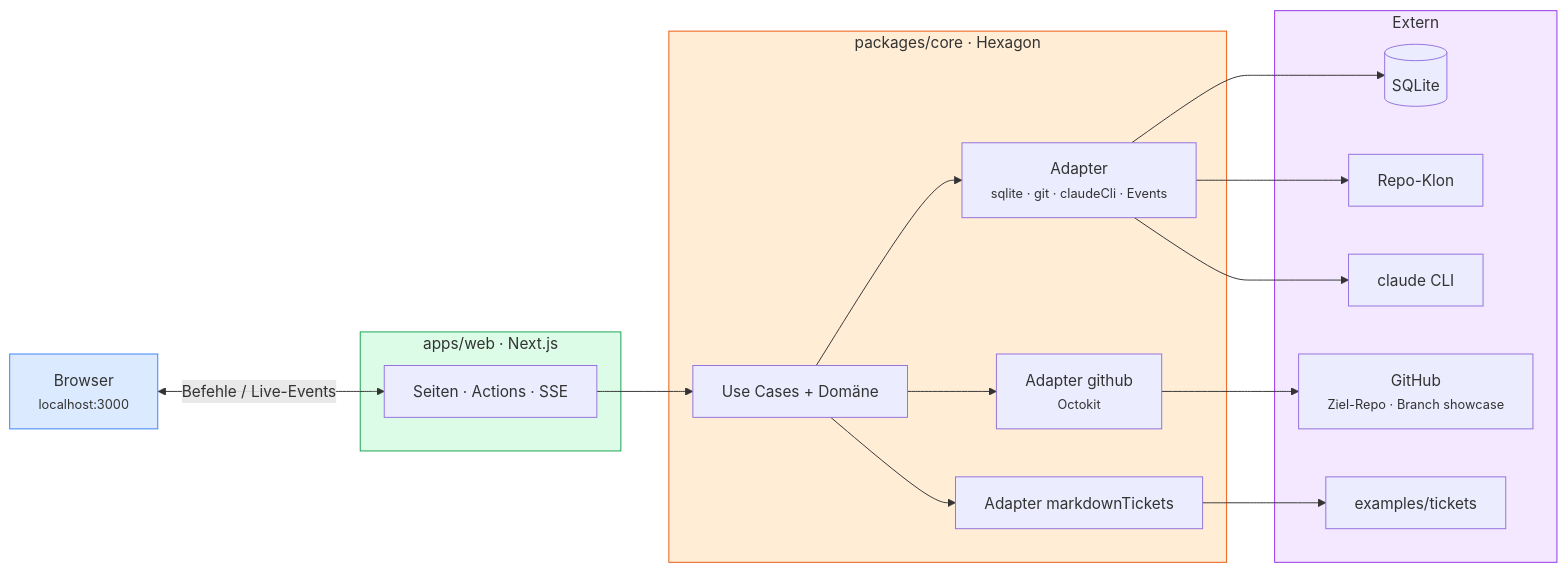
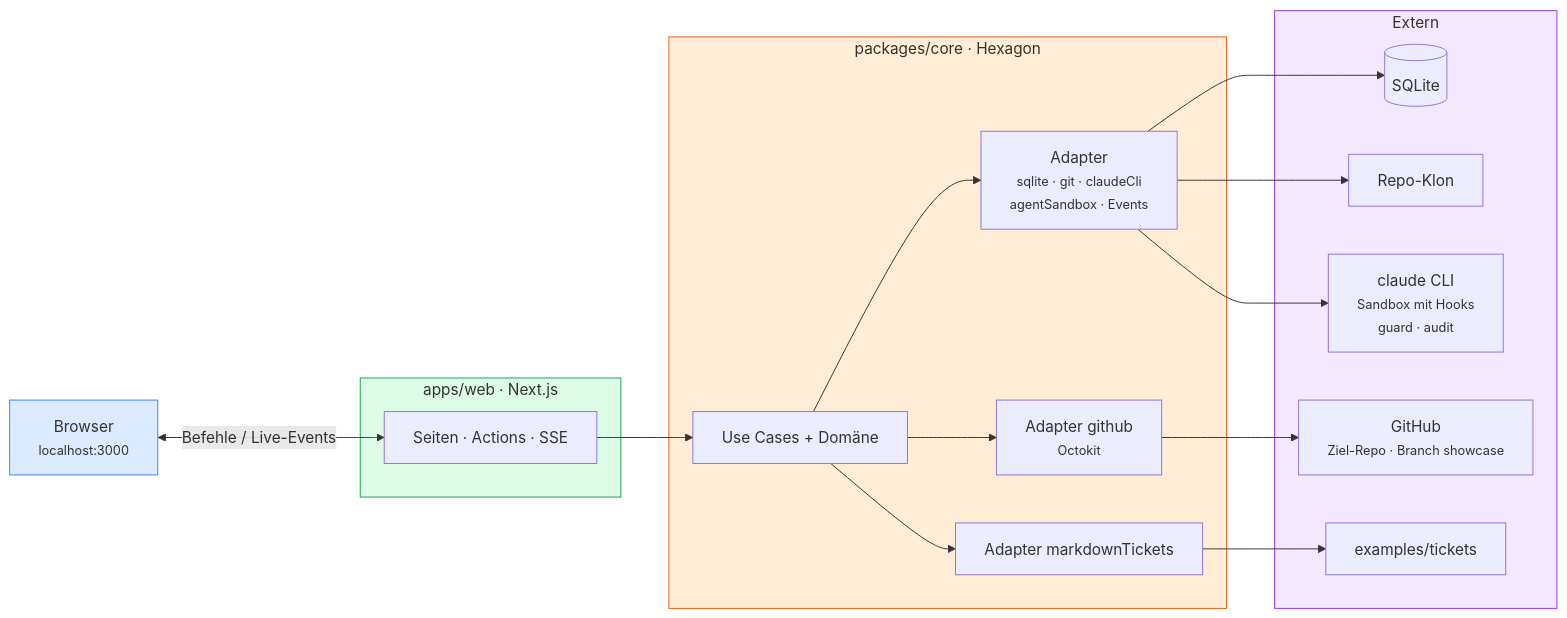
One commit to wojciechlaka/ai-sdlc changed the diagram in docs/architecture.mmd. Above: the diagram before and after it, drawn with Mermaid. The commit also changed 1 other file, not shown here.

Commit message:
docs: Übersichtsbild zeigt Sandbox und Hooks am claude CLI

```diff
--- a/docs/architecture.mmd
+++ b/docs/architecture.mmd
@@ -1,37 +1,37 @@
 flowchart LR
     B["Browser<br/><small>localhost:3000</small>"]
 
     subgraph Web["apps/web · Next.js"]
         W["Seiten · Actions · SSE"]
     end
 
     subgraph Core["packages/core · Hexagon"]
         UC["Use Cases + Domäne"]
-        AD["Adapter<br/><small>sqlite · git · claudeCli · Events</small>"]
+        AD["Adapter<br/><small>sqlite · git · claudeCli<br/>agentSandbox · Events</small>"]
         GH["Adapter github<br/><small>Octokit</small>"]
         MT["Adapter markdownTickets"]
         UC --> AD
         UC --> GH
         UC --> MT
     end
 
     subgraph Ext["Extern"]
         DB[("SQLite")]
         GIT["Repo-Klon"]
-        CL["claude CLI"]
+        CL["claude CLI<br/><small>Sandbox mit Hooks<br/>guard · audit</small>"]
         GHA["GitHub<br/><small>Ziel-Repo · Branch showcase</small>"]
         TK["examples/tickets"]
     end
 
     B <-->|"Befehle / Live-Events"| W
     W --> UC
     AD --> DB
     AD --> GIT
     AD --> CL
     GH --> GHA
     MT --> TK
 
     style Web fill:#dcfce7,stroke:#16a34a
     style Core fill:#ffedd5,stroke:#ea580c
     style Ext fill:#f3e8ff,stroke:#9333ea
     style B fill:#dbeafe,stroke:#3b82f6
```
